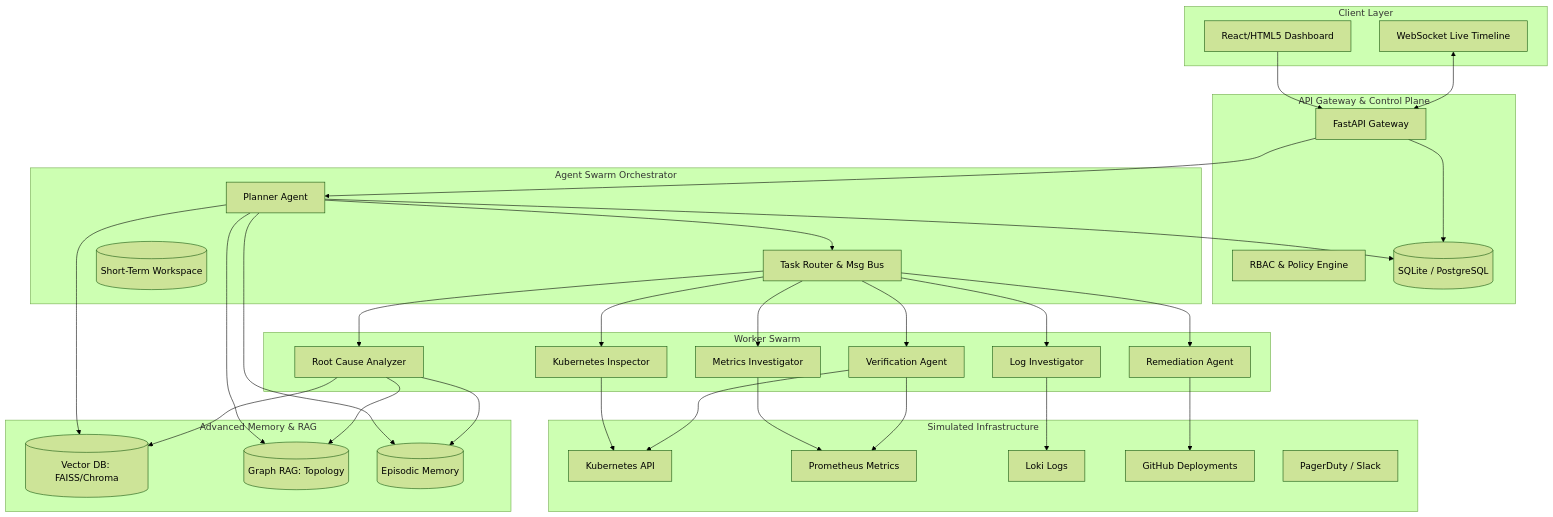
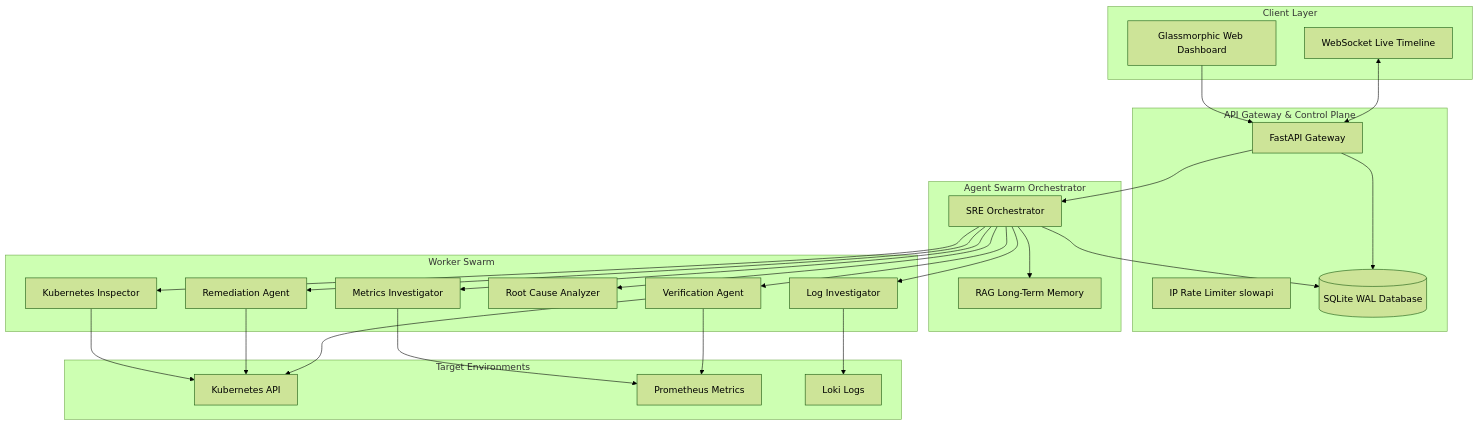
The first of 2 diagrams in README.md (Pavanteja0/aire), drawn with Mermaid (forest theme) before and after one commit. The commit also changed other lines of this file and 20 other files, not shown here.

````diff
--- a/README.md
+++ b/README.md
@@ -7,61 +21,49 @@
 ```mermaid
 graph TD
     subgraph Client Layer
-        WebUI[React/HTML5 Dashboard]
+        WebUI[Glassmorphic Web Dashboard]
         WS[WebSocket Live Timeline]
     end
 
     subgraph API Gateway & Control Plane
         API[FastAPI Gateway]
-        Auth[RBAC & Policy Engine]
-        DB[(SQLite / PostgreSQL)]
+        RateLimiter[IP Rate Limiter slowapi]
+        DB[(SQLite WAL Database)]
     end
 
     subgraph Agent Swarm Orchestrator
-        Planner[Planner Agent]
-        Router[Task Router & Msg Bus]
-        ShortTerm[(Short-Term Workspace)]
+        Orchestrator[SRE Orchestrator]
+        RAG[RAG Long-Term Memory]
     end
 
     subgraph Worker Swarm
         Agent1[Log Investigator]
         Agent2[Metrics Investigator]
         Agent3[Kubernetes Inspector]
         Agent4[Root Cause Analyzer]
         Agent5[Remediation Agent]
         Agent6[Verification Agent]
     end
 
-    subgraph Target Environments [Simulated Infrastructure]
+    subgraph Target Environments
         K8s[Kubernetes API]
         Prom[Prometheus Metrics]
         Loki[Loki Logs]
-        Git[GitHub Deployments]
-        PD[PagerDuty / Slack]
-    end
-
-    subgraph Advanced Memory & RAG
-        VecDB[(Vector DB: FAISS/Chroma)]
-        GraphDB[(Graph RAG: Topology)]
-        LongTerm[(Episodic Memory)]
     end
 
     WebUI --> API
     WS <--> API
-    API --> Planner
-    Planner --> Router
-    Router --> Agent1 & Agent2 & Agent3 & Agent4 & Agent5 & Agent6
+    API --> Orchestrator
+    Orchestrator --> Agent1 & Agent2 & Agent3 & Agent4 & Agent5 & Agent6
+    Orchestrator --> RAG
     
-    %% Tool Queries
+    %% DB State
+    API & Orchestrator --> DB
+    
+    %% Target connections
     Agent1 --> Loki
     Agent2 --> Prom
     Agent3 --> K8s
-    Agent5 --> Git
+    Agent5 --> K8s
     Agent6 --> K8s & Prom
-    
-    %% RAG & Memory
-    Planner & Agent4 --> VecDB & GraphDB & LongTerm
-    
-    %% DB State
-    API & Planner --> DB
 ```
````
